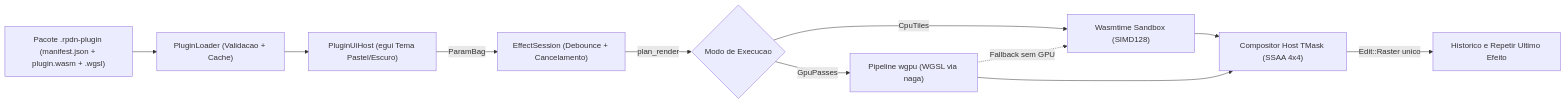
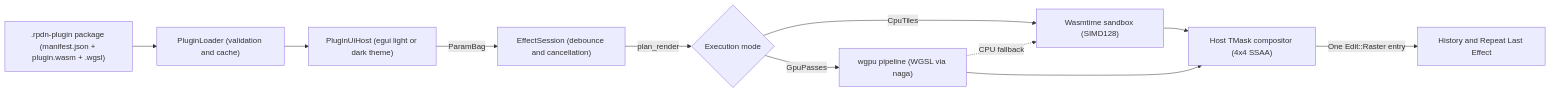
One commit to pateixei/openpaintr changed the diagram in docs/arquitetura-plugins.md. Above: the diagram before and after it, drawn with Mermaid. The commit also changed other lines of this file and 6 other files, not shown here.

Commit message:
Publish English documentation and require roadmap sign-off

````diff
--- a/docs/arquitetura-plugins.md
+++ b/docs/arquitetura-plugins.md
@@ -20,13 +20,13 @@
 ```mermaid
 flowchart LR
-    PKG["Pacote .rpdn-plugin (manifest.json + plugin.wasm + .wgsl)"] --> LOADER["PluginLoader (Validacao + Cache)"]
-    LOADER --> UIHOST["PluginUiHost (egui Tema Pastel/Escuro)"]
-    UIHOST -->|"ParamBag"| SESSION["EffectSession (Debounce + Cancelamento)"]
-    SESSION -->|"plan_render"| PLAN{"Modo de Execucao"}
-    PLAN -->|"CpuTiles"| WASM["Wasmtime Sandbox (SIMD128)"]
-    PLAN -->|"GpuPasses"| WGPU["Pipeline wgpu (WGSL via naga)"]
-    WGPU -.->|"Fallback sem GPU"| WASM
-    WASM --> COMP["Compositor Host TMask (SSAA 4x4)"]
+    PKG[".rpdn-plugin package (manifest.json + plugin.wasm + .wgsl)"] --> LOADER["PluginLoader (validation and cache)"]
+    LOADER --> UIHOST["PluginUiHost (egui light or dark theme)"]
+    UIHOST -->|"ParamBag"| SESSION["EffectSession (debounce and cancellation)"]
+    SESSION -->|"plan_render"| PLAN{"Execution mode"}
+    PLAN -->|"CpuTiles"| WASM["Wasmtime sandbox (SIMD128)"]
+    PLAN -->|"GpuPasses"| WGPU["wgpu pipeline (WGSL via naga)"]
+    WGPU -.->|"CPU fallback"| WASM
+    WASM --> COMP["Host TMask compositor (4x4 SSAA)"]
     WGPU --> COMP
-    COMP -->|"Edit::Raster unico"| HIST["Historico e Repetir Ultimo Efeito"]
+    COMP -->|"One Edit::Raster entry"| HIST["History and Repeat Last Effect"]
 ```
````
